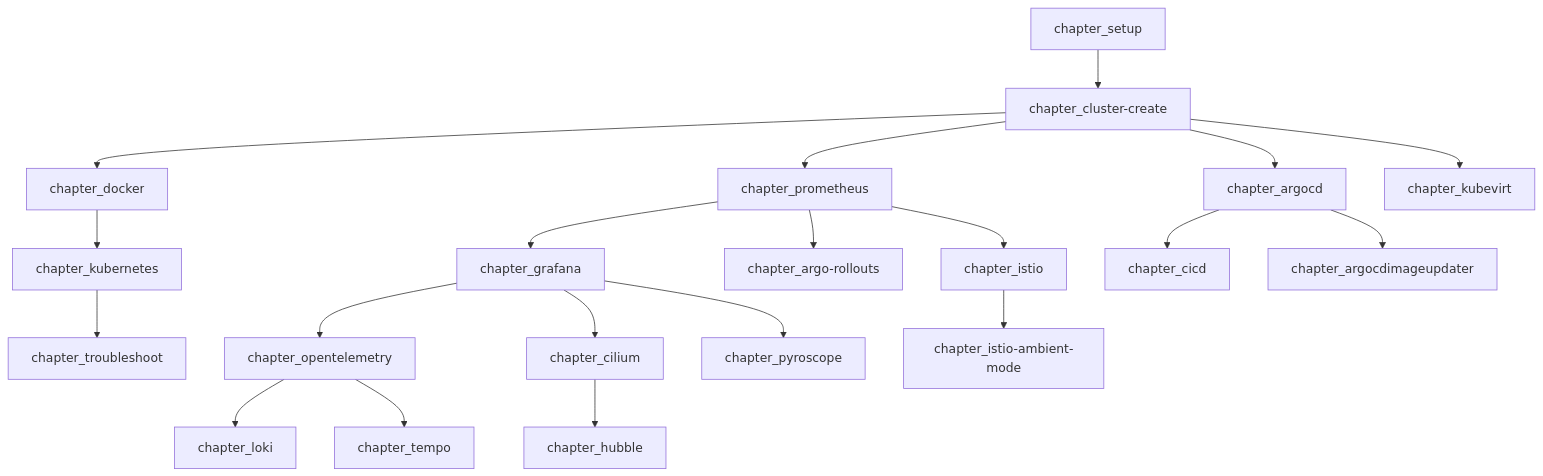
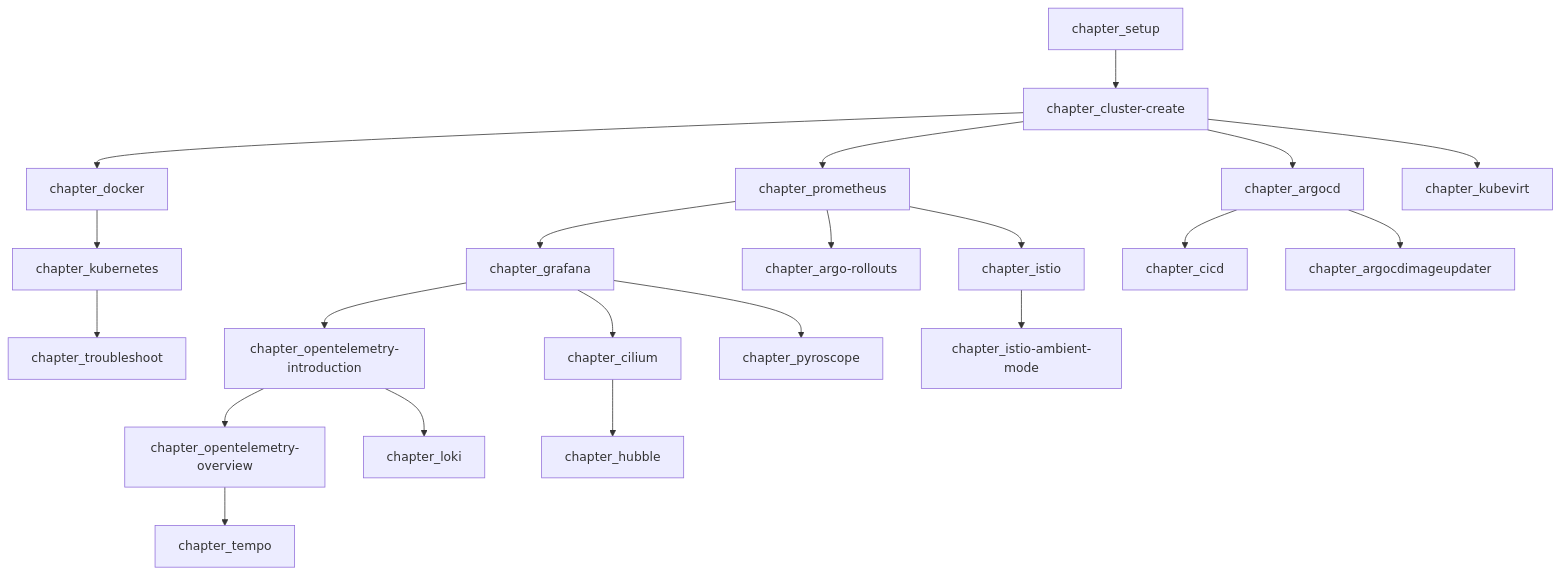
The diagram in README.md (cloudnativedaysjp/cnd-handson), drawn with Mermaid before and after one commit. The commit also changed other lines of this file and 22 other files, not shown here.

````diff
--- a/README.md
+++ b/README.md
@@ -33,49 +34,51 @@
 ```mermaid
 flowchart TD
     setup[chapter_setup]
     cluster[chapter_cluster-create]
     docker[chapter_docker]
     k8s[chapter_kubernetes]
     prom[chapter_prometheus]
     grafana[chapter_grafana]
-    otel[chapter_opentelemetry]
+    otelintro[chapter_opentelemetry-introduction]
+    oteloverview[chapter_opentelemetry-overview]
     argocd[chapter_argocd]
     argocdimageupdater[chapter_argocdimageupdater]
     istio[chapter_istio]
     cilium[chapter_cilium]
     argorollouts[chapter_argo-rollouts]
     istioambient[chapter_istio-ambient-mode]
     hubble[chapter_hubble]
     loki[chapter_loki]
     tempo[chapter_tempo]
     pyroscope[chapter_pyroscope]
     cicd[chapter_cicd]
     troubleshoot[chapter_troubleshoot]
     kubevirt[chapter_kubevirt]
 
     setup-->cluster
     cluster-->docker
     docker-->k8s
     k8s-->troubleshoot
     cluster-->prom
     cluster-->argocd
     cluster-->kubevirt
 
     prom-->grafana
     prom-->argorollouts
     prom-->istio
 
-    grafana-->otel
+    grafana-->otelintro
     grafana-->cilium
     grafana-->pyroscope
 
-    otel-->loki
-    otel-->tempo
+    otelintro-->oteloverview
+    otelintro-->loki
+    oteloverview-->tempo
 
     cilium-->hubble
 
     istio-->istioambient
 
     argocd-->cicd
     argocd-->argocdimageupdater
 ```
````
